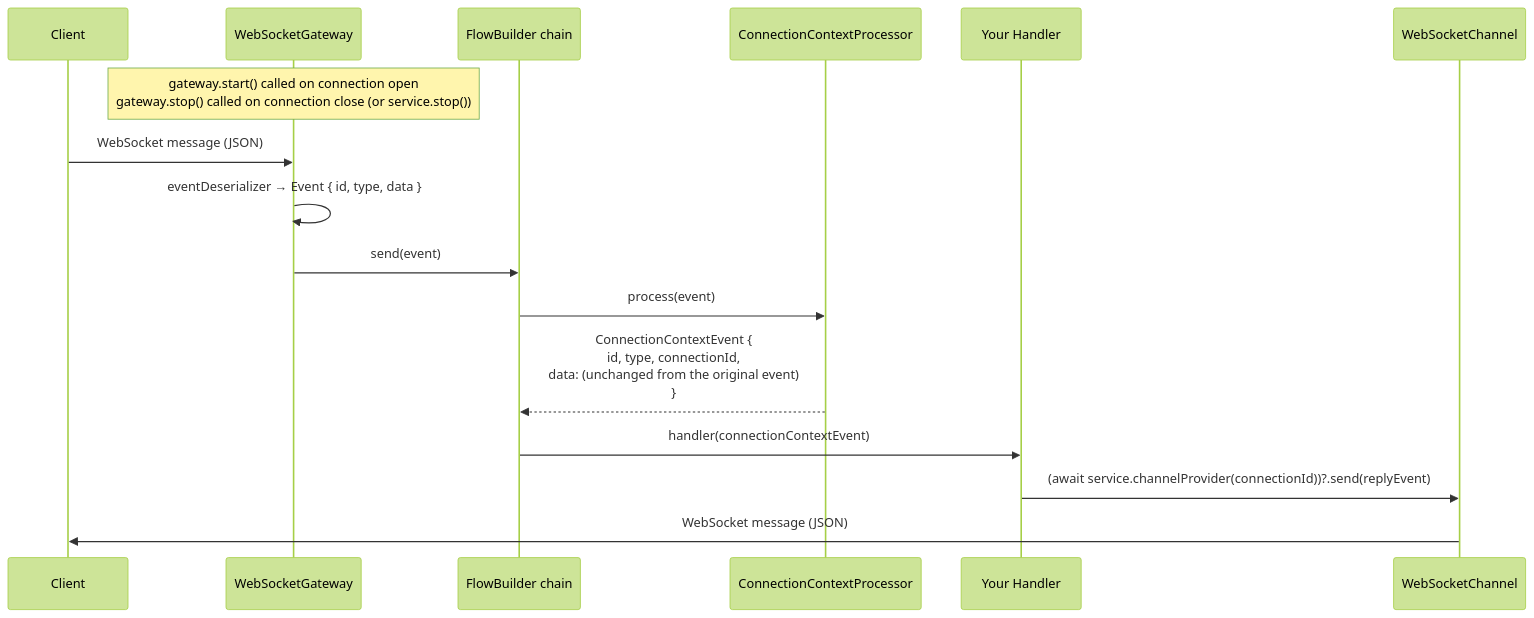
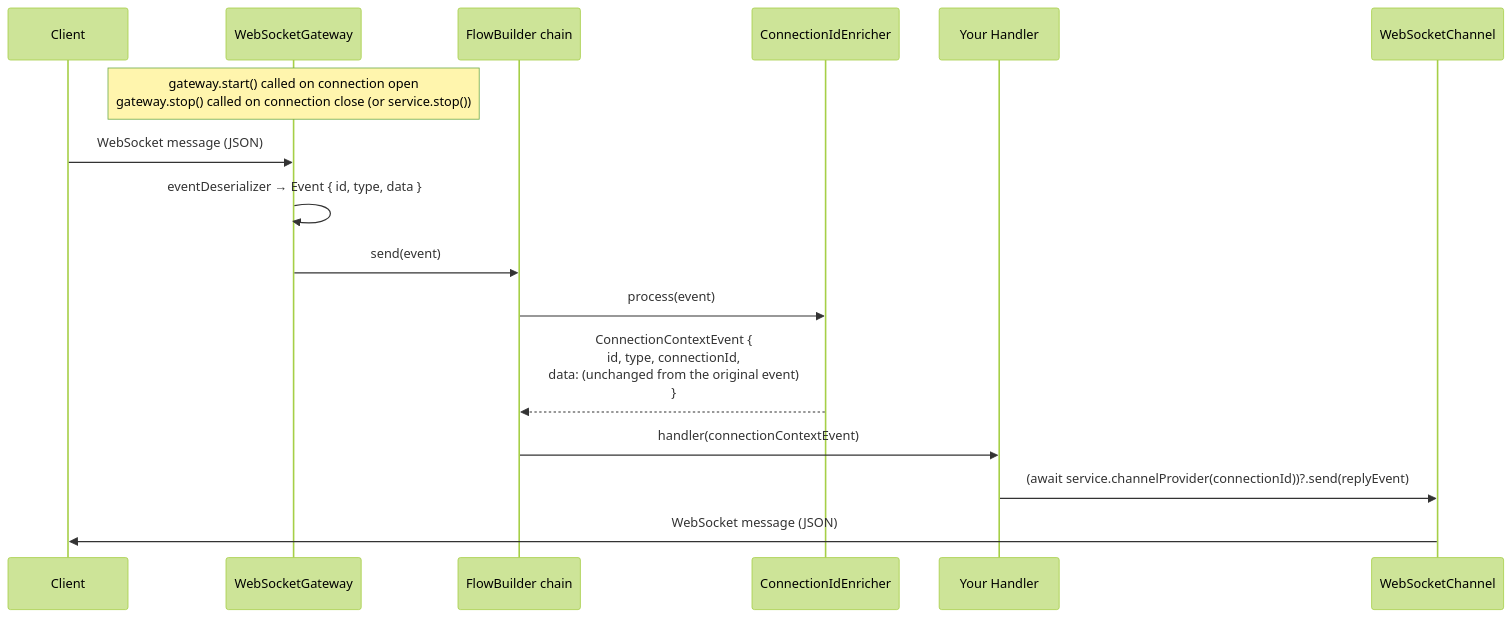
Before and after one commit to sektek/synaptik-express: the third of 4 diagrams in docs/web-socket.md, drawn with Mermaid (forest theme). The commit also changed other lines of this file and 7 other files, not shown here.

First line of the commit message:
rename: ConnectionContextProcessor -> ConnectionIdEnricher

````diff
--- a/docs/web-socket.md
+++ b/docs/web-socket.md
@@ -164,23 +164,23 @@
 ```mermaid
 sequenceDiagram
     participant Client
     participant Gateway as WebSocketGateway
     participant Flow as FlowBuilder chain
-    participant Processor as ConnectionContextProcessor
+    participant Enricher as ConnectionIdEnricher
     participant Handler as Your Handler
     participant Channel as WebSocketChannel
 
     Note over Gateway: gateway.start() called on connection open<br/>gateway.stop() called on connection close (or service.stop())
 
     Client->>Gateway: WebSocket message (JSON)
     Gateway->>Gateway: eventDeserializer → Event { id, type, data }
     Gateway->>Flow: send(event)
 
-    Flow->>Processor: process(event)
-    Processor-->>Flow: ConnectionContextEvent {<br/>  id, type, connectionId,<br/>  data: (unchanged from the original event)<br/>}
+    Flow->>Enricher: process(event)
+    Enricher-->>Flow: ConnectionContextEvent {<br/>  id, type, connectionId,<br/>  data: (unchanged from the original event)<br/>}
 
     Flow->>Handler: handler(connectionContextEvent)
 
     Handler->>Channel: (await service.channelProvider(connectionId))?.send(replyEvent)
     Channel->>Client: WebSocket message (JSON)
 ```
````
